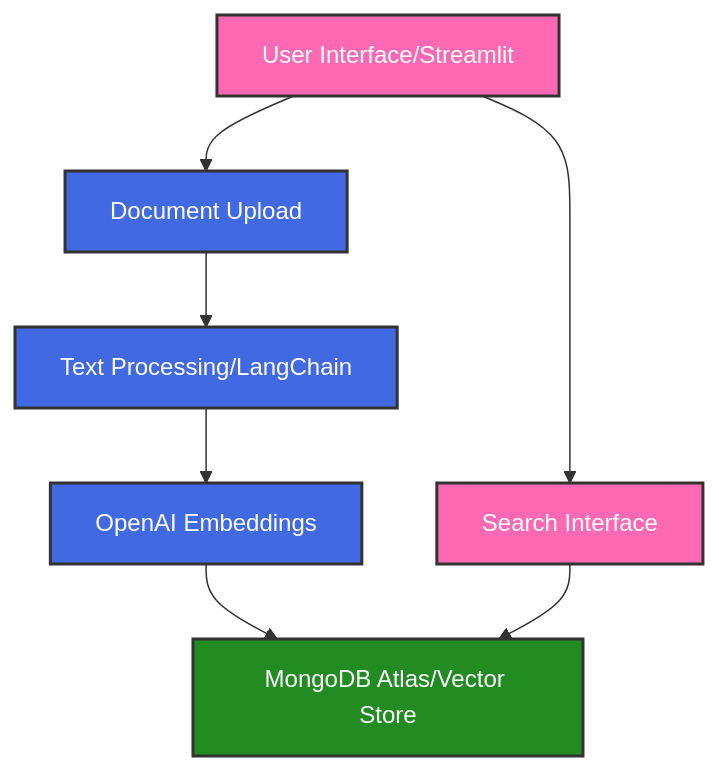
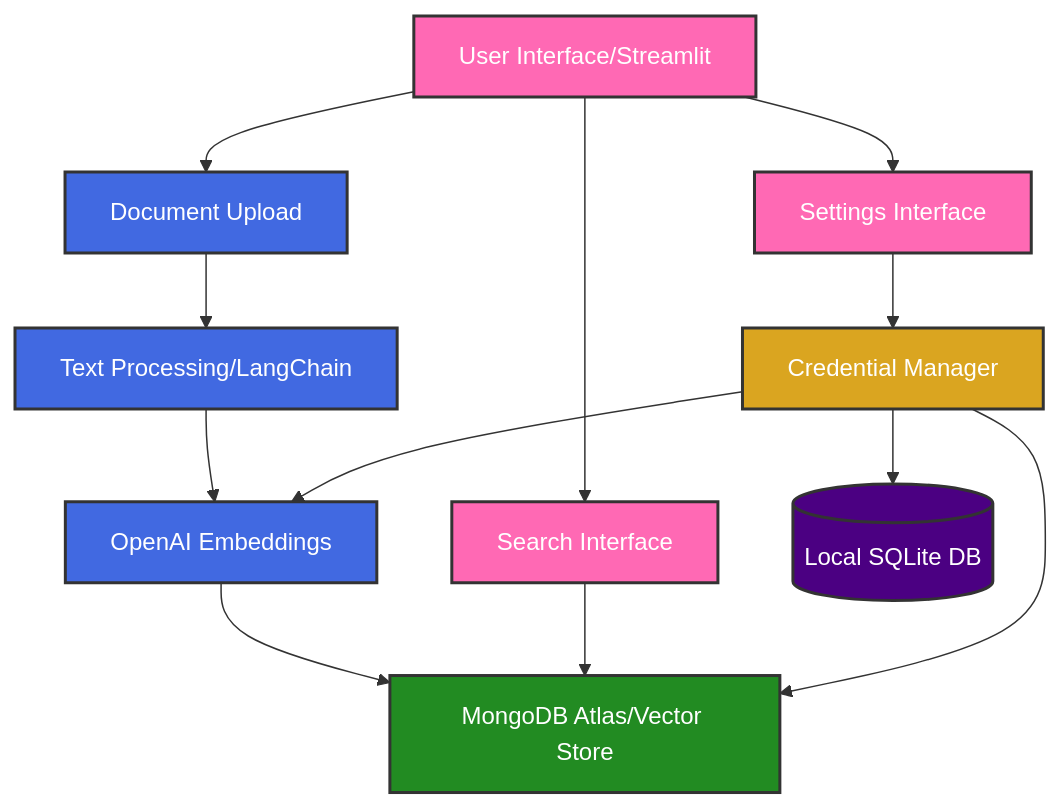
Before and after one commit to jnuts74/doc-upload-test: the diagram in README.md, drawn with Mermaid. The commit also changed other lines of this file and 10 other files, not shown here.

````diff
--- a/README.md
+++ b/README.md
@@ -38,16 +41,24 @@
 ```mermaid
 graph TD
     A[User Interface/Streamlit] --> B[Document Upload]
     B --> C[Text Processing/LangChain]
     C --> D[OpenAI Embeddings]
     D --> E[MongoDB Atlas/Vector Store]
     A --> F[Search Interface]
     F --> E
+    A --> G[Settings Interface]
+    G --> H[Credential Manager]
+    H --> I[(Local SQLite DB)]
+    H --> D
+    H --> E
     
     style A fill:#ff69b4,stroke:#333,stroke-width:2px,color:#fff
     style B fill:#4169e1,stroke:#333,stroke-width:2px,color:#fff
     style C fill:#4169e1,stroke:#333,stroke-width:2px,color:#fff
     style D fill:#4169e1,stroke:#333,stroke-width:2px,color:#fff
     style E fill:#228b22,stroke:#333,stroke-width:2px,color:#fff
     style F fill:#ff69b4,stroke:#333,stroke-width:2px,color:#fff
+    style G fill:#ff69b4,stroke:#333,stroke-width:2px,color:#fff
+    style H fill:#daa520,stroke:#333,stroke-width:2px,color:#fff
+    style I fill:#4b0082,stroke:#333,stroke-width:2px,color:#fff
 ```
````
